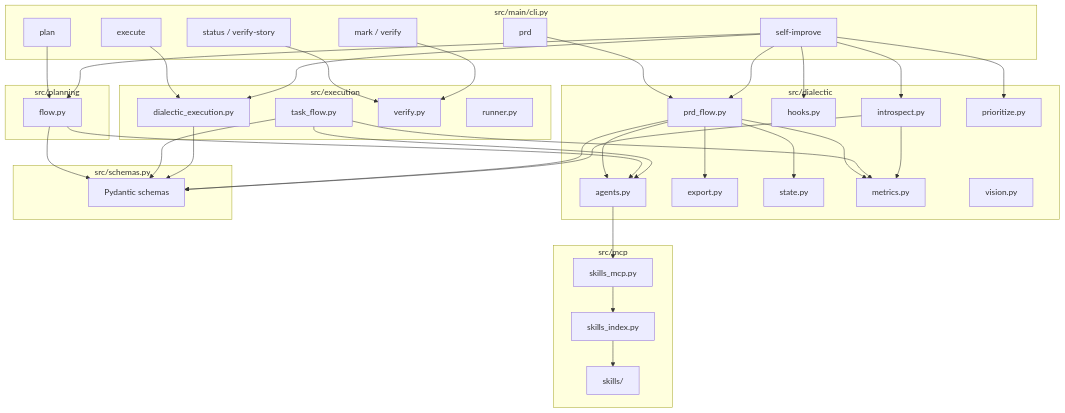
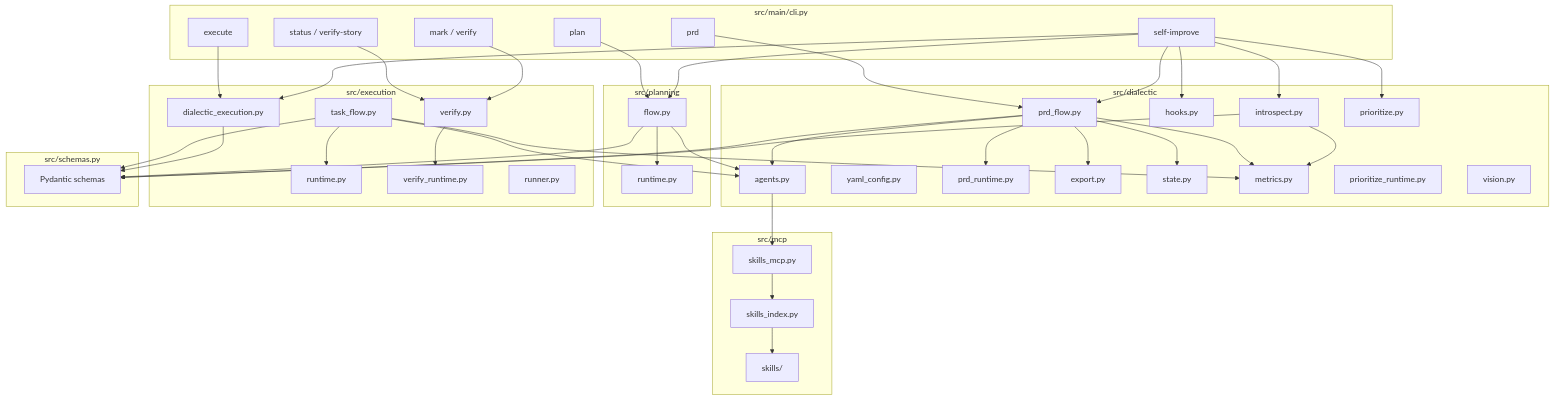
One commit to darthlinuxer/dialectic-crew-ai changed the first of 2 diagrams in docs/architecture.md. Above: the diagram before and after it, drawn with Mermaid. The commit also changed other lines of this file and 35 other files, not shown here.

Commit message:
refactor(config): extract crew yaml runtimes

```diff
--- a/docs/architecture.md
+++ b/docs/architecture.md
@@ -17,24 +17,30 @@
 
     subgraph Core[src/dialectic]
         AGENTS[agents.py]
+        YAMLCFG[yaml_config.py]
         PRDFLOW[prd_flow.py]
+        PRDRT[prd_runtime.py]
         EXPORT[export.py]
         STATE[state.py]
         HOOKS[hooks.py]
         METRICS[metrics.py]
         INTRO[introspect.py]
         PRIOR[prioritize.py]
+        PRIORRT[prioritize_runtime.py]
         VISION[vision.py]
     end
 
     subgraph Planning[src/planning]
         PFLOW[flow.py]
+        PRT[runtime.py]
     end
 
     subgraph Execution[src/execution]
         ORCH[dialectic_execution.py]
         TFLOW[task_flow.py]
+        TRT[runtime.py]
         VERIFY[verify.py]
+        VRT[verify_runtime.py]
         RUNNER[runner.py]
     end
 
@@ -60,8 +66,12 @@
     SELF --> ORCH
 
     PRDFLOW --> AGENTS
+    PRDFLOW --> PRDRT
     PFLOW --> AGENTS
+    PFLOW --> PRT
     TFLOW --> AGENTS
+    TFLOW --> TRT
+    VERIFY --> VRT
     AGENTS --> SKMCP
     SKMCP --> SKIDX
     SKIDX --> SKILLS
```
